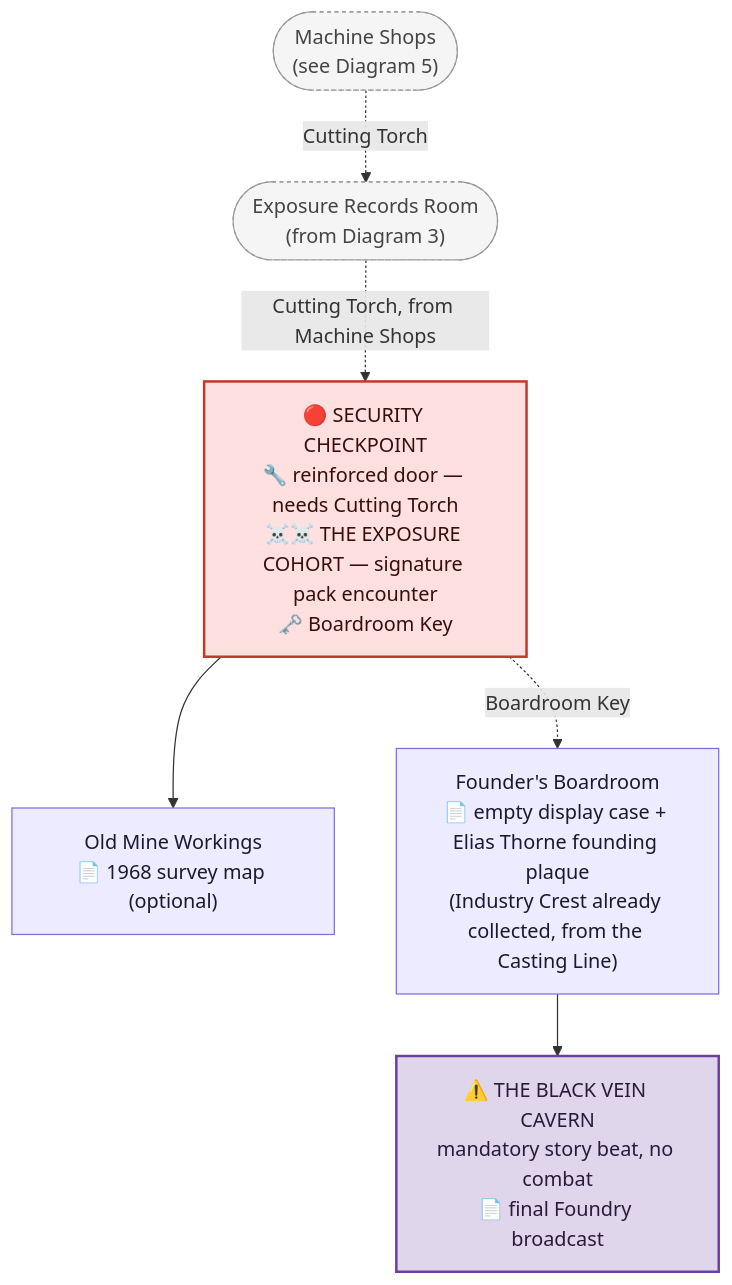
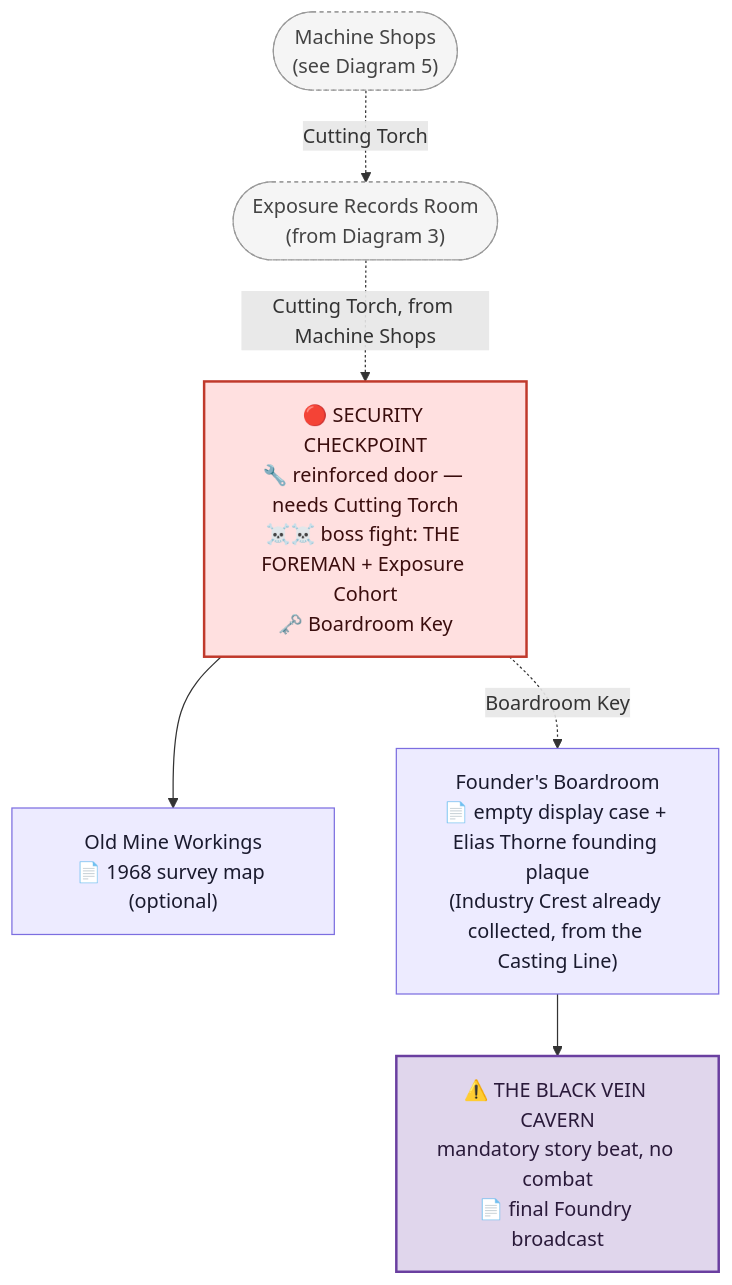
The fourth of 5 diagrams in DESIGN/Locations/Foundry_Refinery.md (GIToez/Deadlock-Design), drawn with Mermaid before and after one commit. The commit also changed other lines of this file and 10 other files, not shown here.

Commit message:
Dialogue/pacing trim across all five scripts, add deliberate messiness beat, final consistency pass on Locations diagrams

````diff
--- a/DESIGN/Locations/Foundry_Refinery.md
+++ b/DESIGN/Locations/Foundry_Refinery.md
@@ -516,22 +516,22 @@
 ```mermaid
 flowchart TD
     RECORDSREF(["Exposure Records Room<br/>(from Diagram 3)"])
     SHOPSREF(["Machine Shops<br/>(see Diagram 5)"])
-    CHECKPOINT["🔴 SECURITY CHECKPOINT<br/>🔧 reinforced door — needs Cutting Torch<br/>☠️☠️ THE EXPOSURE COHORT — signature pack encounter<br/>🗝️ Boardroom Key"]
+    CHECKPOINT["🔴 SECURITY CHECKPOINT<br/>🔧 reinforced door — needs Cutting Torch<br/>☠️☠️ boss fight: THE FOREMAN + Exposure Cohort<br/>🗝️ Boardroom Key"]
     MINE["Old Mine Workings<br/>📄 1968 survey map (optional)"]
     BOARDROOM["Founder's Boardroom<br/>📄 empty display case + Elias Thorne founding plaque<br/>(Industry Crest already collected, from the Casting Line)"]
     CAVERN["⚠️ THE BLACK VEIN CAVERN<br/>mandatory story beat, no combat<br/>📄 final Foundry broadcast"]
 
     SHOPSREF -. Cutting Torch .-> RECORDSREF
     RECORDSREF -. Cutting Torch, from Machine Shops .-> CHECKPOINT --> MINE
     CHECKPOINT -. Boardroom Key .-> BOARDROOM --> CAVERN
 
     classDef room fill:#EDEBFF,stroke:#7C6EE0,color:#1a1a2e
     classDef boss fill:#FFE0E0,stroke:#C0392B,color:#3a0d0d,stroke-width:2px
     classDef ref fill:#F5F5F5,stroke:#999999,color:#444444,stroke-dasharray:3 3
     classDef vanguard fill:#E0D6EC,stroke:#6A3FA0,color:#2a1a3a,stroke-width:2px
     class RECORDSREF,SHOPSREF ref
     class MINE,BOARDROOM room
     class CHECKPOINT boss
     class CAVERN vanguard
 ```
````
